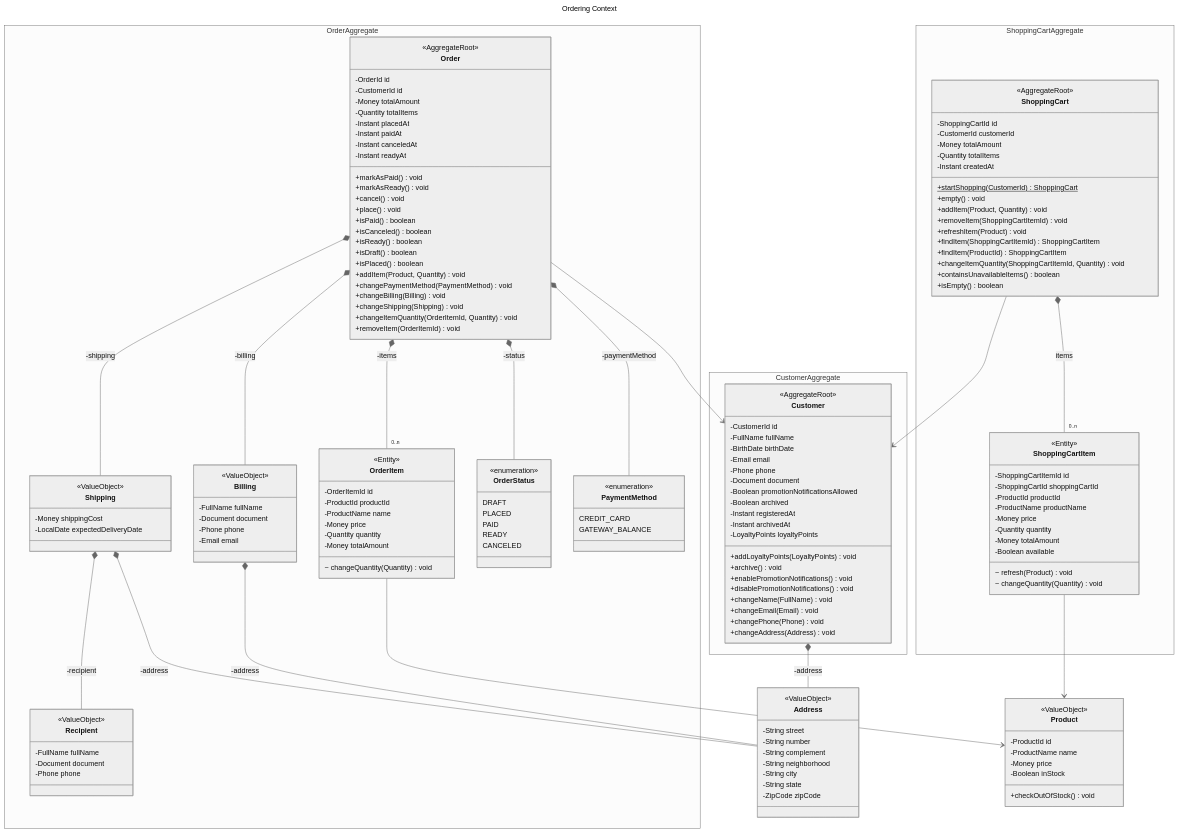
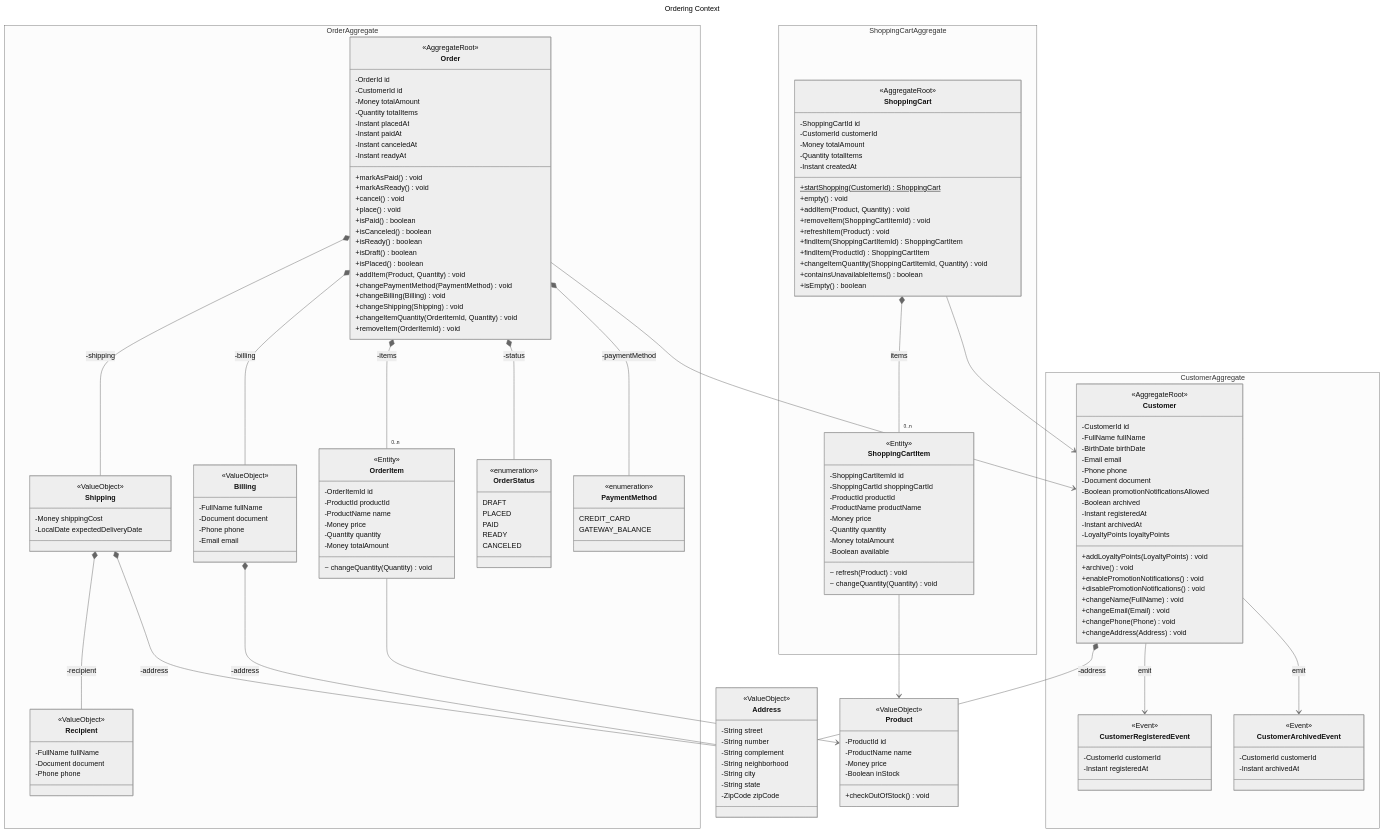
The diagram in domain-model.mmd (Allisson95/ems-algashop-docs), drawn with Mermaid (neutral theme) before and after one commit.

Commit message:
Add domain event support to aggregate roots
Introduced an abstract event-sourcing-based entity to handle domain events across aggregate roots. Updated `Customer`, `Order`, and `ShoppingCart` to extend this entity and added `CustomerRegisteredEvent` for customer creation use case. Enhanced tests to verify event generation.

```diff
--- a/domain-model.mmd
+++ b/domain-model.mmd
@@ -1,174 +1,188 @@
 ---
 title: Ordering Context
 ---
 
 classDiagram
     class Address {
         <<ValueObject>>
         -String street
         -String number
         -String complement
         -String neighborhood
         -String city
         -String state
         -ZipCode zipCode
     }
 
     class Product {
         <<ValueObject>>
         -ProductId id
         -ProductName name
         -Money price
         -Boolean inStock
         +checkOutOfStock() void
     }
 
     namespace CustomerAggregate {
         class Customer {
             <<AggregateRoot>>
             -CustomerId id
             -FullName fullName
             -BirthDate birthDate
             -Email email
             -Phone phone
             -Document document
             -Boolean promotionNotificationsAllowed
             -Boolean archived
             -Instant registeredAt
             -Instant archivedAt
             -LoyaltyPoints loyaltyPoints
             +addLoyaltyPoints(LoyaltyPoints) void
             +archive() void
             +enablePromotionNotifications() void
             +disablePromotionNotifications() void
             +changeName(FullName) void
             +changeEmail(Email) void
             +changePhone(Phone) void
             +changeAddress(Address) void
         }
+
+        class CustomerRegisteredEvent {
+            <<Event>>
+            -CustomerId customerId
+            -Instant registeredAt
+        }
+
+        class CustomerArchivedEvent {
+            <<Event>>
+            -CustomerId customerId
+            -Instant archivedAt
+        }
     }
     Customer *-- Address: -address
+    Customer --> CustomerRegisteredEvent: emit
+    Customer --> CustomerArchivedEvent: emit
 
     namespace OrderAggregate {
         class Recipient {
             <<ValueObject>>
             -FullName fullName
             -Document document
             -Phone phone
         }
 
         class Shipping {
             <<ValueObject>>
             -Money shippingCost
             -LocalDate expectedDeliveryDate
         }
 
         class Billing {
             <<ValueObject>>
             -FullName fullName
             -Document document
             -Phone phone
             -Email email
         }
 
         class OrderItem {
             <<Entity>>
             -OrderItemId id
             -ProductId productId
             -ProductName name
             -Money price
             -Quantity quantity
             -Money totalAmount
             ~ changeQuantity(Quantity) void
         }
 
         class OrderStatus {
             <<enumeration>>
             DRAFT
             PLACED
             PAID
             READY
             CANCELED
         }
 
         class PaymentMethod {
             <<enumeration>>
             CREDIT_CARD
             GATEWAY_BALANCE
         }
 
         class Order {
             <<AggregateRoot>>
             -OrderId id
             -CustomerId id
             -Money totalAmount
             -Quantity totalItems
             -Instant placedAt
             -Instant paidAt
             -Instant canceledAt
             -Instant readyAt
             +markAsPaid() void
             +markAsReady() void
             +cancel() void
             +place() void
             +isPaid() boolean
             +isCanceled() boolean
             +isReady() boolean
             +isDraft() boolean
             +isPlaced() boolean
             +addItem(Product, Quantity) void
             +changePaymentMethod(PaymentMethod) void
             +changeBilling(Billing) void
             +changeShipping(Shipping) void
             +changeItemQuantity(OrderItemId, Quantity) void
             +removeItem(OrderItemId) void
         }
     }
     Order --> Customer
     Order *-- OrderStatus: -status
     Order *-- PaymentMethod: -paymentMethod
     Order *-- Shipping: -shipping
     Order *-- Billing: -billing
     Order *-- "0..n" OrderItem: -items
     Shipping *-- Address: -address
     Shipping *-- Recipient: -recipient
     Billing *-- Address: -address
     OrderItem --> Product
 
     namespace ShoppingCartAggregate {
         class ShoppingCart {
             <<AggregateRoot>>
             -ShoppingCartId id
             -CustomerId customerId
             -Money totalAmount
             -Quantity totalItems
             -Instant createdAt
             +startShopping(CustomerId)$ ShoppingCart
             +empty() void
             +addItem(Product, Quantity) void
             +removeItem(ShoppingCartItemId) void
             +refreshItem(Product) void
             +findItem(ShoppingCartItemId) ShoppingCartItem
             +findItem(ProductId) ShoppingCartItem
             +changeItemQuantity(ShoppingCartItemId, Quantity) void
             +containsUnavailableItems() boolean
             +isEmpty() boolean
         }
 
         class ShoppingCartItem {
             <<Entity>>
             -ShoppingCartItemId id
             -ShoppingCartId shoppingCartId
             -ProductId productId
             -ProductName productName
             -Money price
             -Quantity quantity
             -Money totalAmount
             -Boolean available
             ~ refresh(Product) void
             ~ changeQuantity(Quantity) void
         }
     }
     ShoppingCart *-- "0..n" ShoppingCartItem: items
     ShoppingCart --> Customer
     ShoppingCartItem --> Product
```
